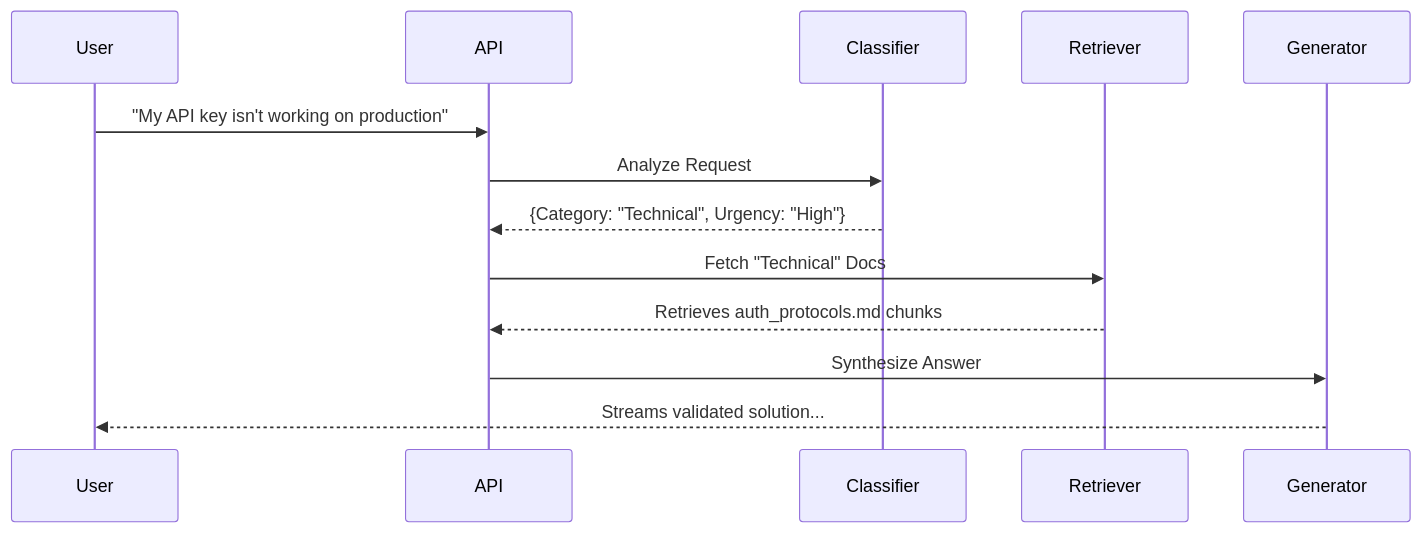
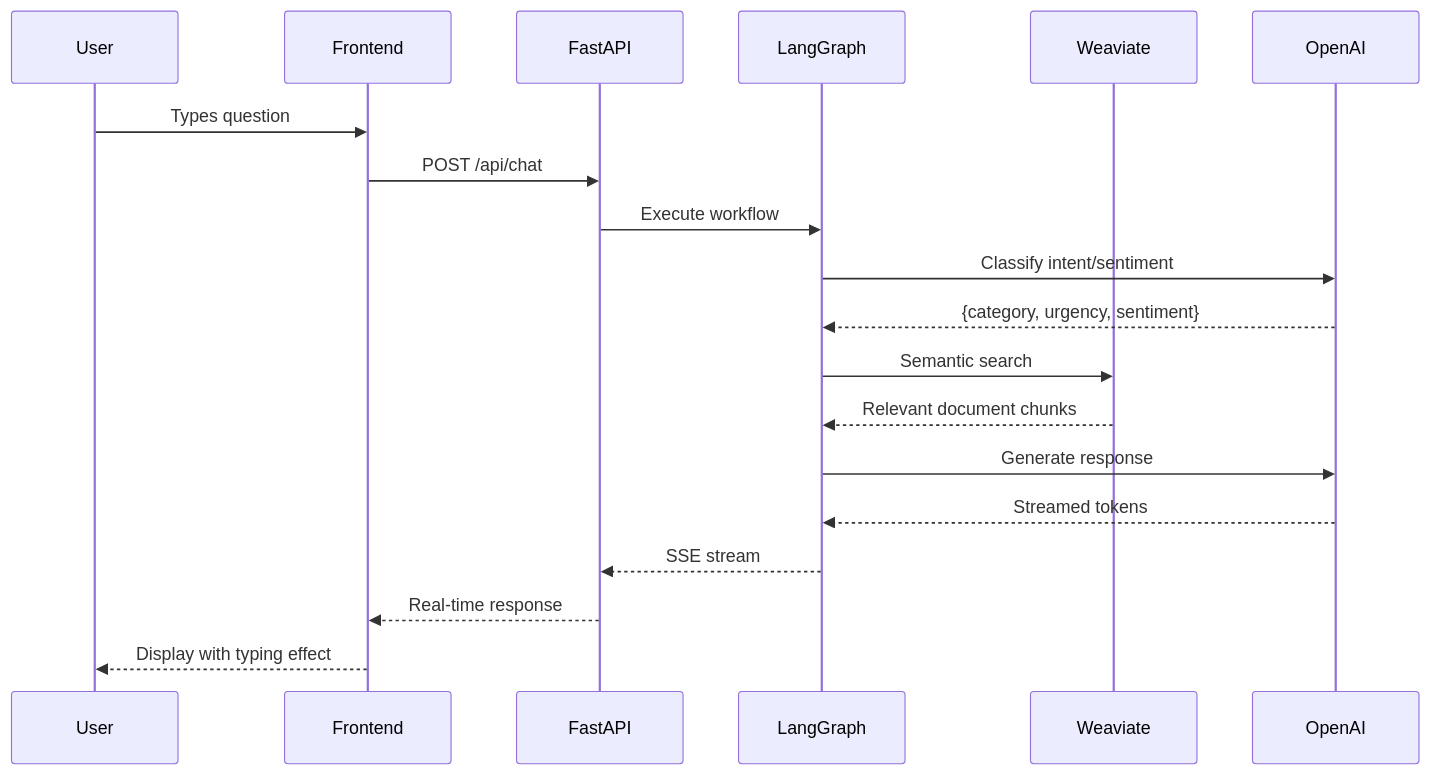
Before and after one commit to Tomadm21/Rag-Support-Agent: the second of 2 diagrams in README.md, drawn with Mermaid. The commit also changed other lines of this file, not shown here.

````diff
--- a/README.md
+++ b/README.md
@@ -56,18 +203,26 @@
 ```mermaid
 sequenceDiagram
-    participant U as User
-    participant A as API
-    participant C as Classifier
-    participant R as Retriever
-    participant G as Generator
-    
-    U->>A: "My API key isn't working on production"
-    A->>C: Analyze Request
-    C-->>A: {Category: "Technical", Urgency: "High"}
-    
-    A->>R: Fetch "Technical" Docs
-    R-->>A: Retrieves auth_protocols.md chunks
-    
-    A->>G: Synthesize Answer
-    G-->>U: Streams validated solution...
+    participant User
+    participant Frontend
+    participant API as FastAPI
+    participant LG as LangGraph
+    participant Weaviate
+    participant OpenAI
+
+    User->>Frontend: Types question
+    Frontend->>API: POST /api/chat
+    API->>LG: Execute workflow
+
+    LG->>OpenAI: Classify intent/sentiment
+    OpenAI-->>LG: {category, urgency, sentiment}
+
+    LG->>Weaviate: Semantic search
+    Weaviate-->>LG: Relevant document chunks
+
+    LG->>OpenAI: Generate response
+    OpenAI-->>LG: Streamed tokens
+
+    LG-->>API: SSE stream
+    API-->>Frontend: Real-time response
+    Frontend-->>User: Display with typing effect
 ```
````
